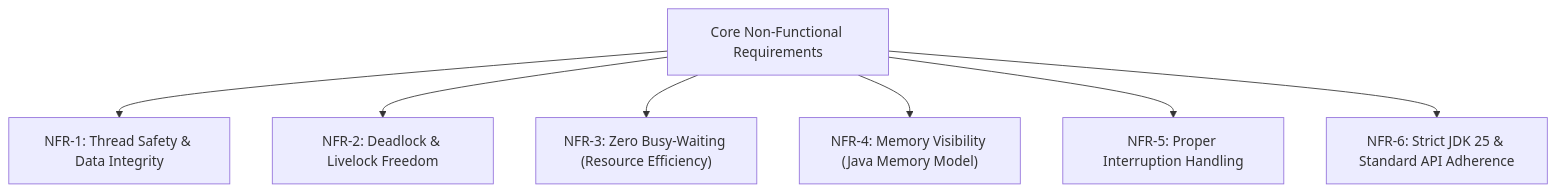
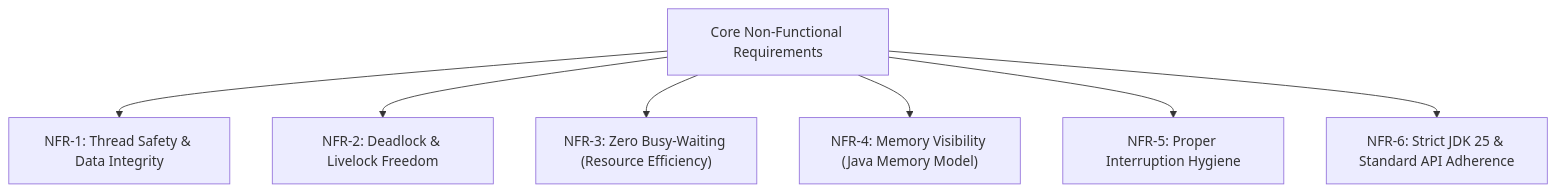
Before and after one commit to SovietskySoldatie/FacultyProject-CEBP: the eighth of 10 diagrams in reqs/reqs.md, drawn with Mermaid. The commit also changed other lines of this file, not shown here.

Commit message:
docs(reqs): update architecture, DI class diagrams, and fault specifications

````diff
--- a/reqs/reqs.md
+++ b/reqs/reqs.md
@@ -305,10 +383,10 @@
 ```mermaid
 flowchart TD
     NFR["Core Non-Functional Requirements"]
     NFR --> NFR1["NFR-1: Thread Safety & Data Integrity"]
     NFR --> NFR2["NFR-2: Deadlock & Livelock Freedom"]
     NFR --> NFR3["NFR-3: Zero Busy-Waiting (Resource Efficiency)"]
     NFR --> NFR4["NFR-4: Memory Visibility (Java Memory Model)"]
-    NFR --> NFR5["NFR-5: Proper Interruption Handling"]
+    NFR --> NFR5["NFR-5: Proper Interruption Hygiene"]
     NFR --> NFR6["NFR-6: Strict JDK 25 & Standard API Adherence"]
 ```
````
